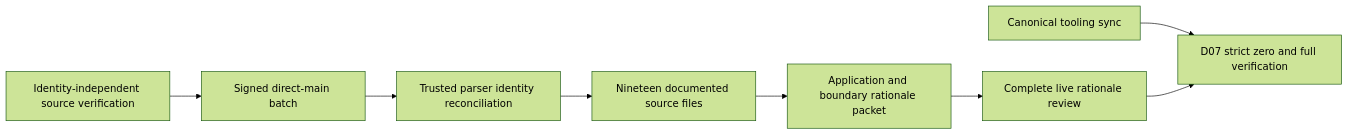
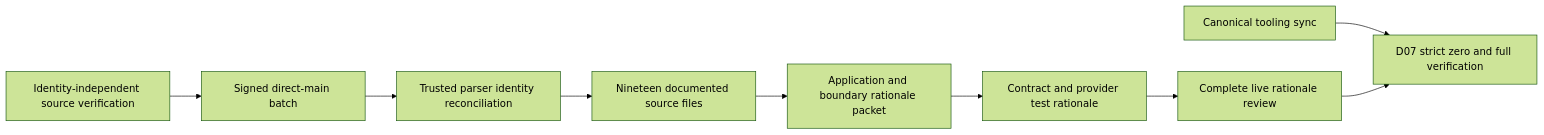
One commit to Resnovas/Eventiva changed the third of 7 diagrams in docs/planning/timeline.md. Above: the diagram before and after it, drawn with Mermaid (forest theme). The commit also changed other lines of this file and 12 other files, not shown here.

First line of the commit message:
docs(tests): explain contract and provider controls for EVE-261

````diff
--- a/docs/planning/timeline.md
+++ b/docs/planning/timeline.md
@@ -375,10 +376,11 @@
 ```mermaid
 flowchart LR
     Safe[Identity-independent source verification] --> Ship[Signed direct-main batch]
     Ship --> Identity[Trusted parser identity reconciliation]
     Identity --> Blocked[Nineteen documented source files]
     Blocked --> AppTests[Application and boundary rationale packet]
-    AppTests --> Review[Complete live rationale review]
+    AppTests --> ProviderTests[Contract and provider test rationale]
+    ProviderTests --> Review[Complete live rationale review]
     House[Canonical tooling sync] --> Strict[D07 strict zero and full verification]
     Review --> Strict
 ```
````
